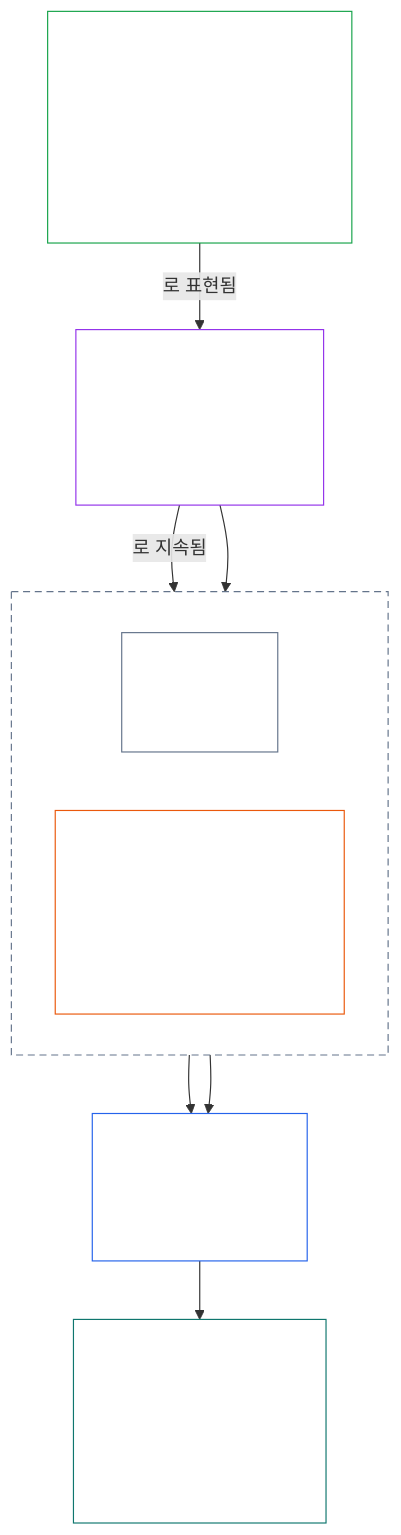
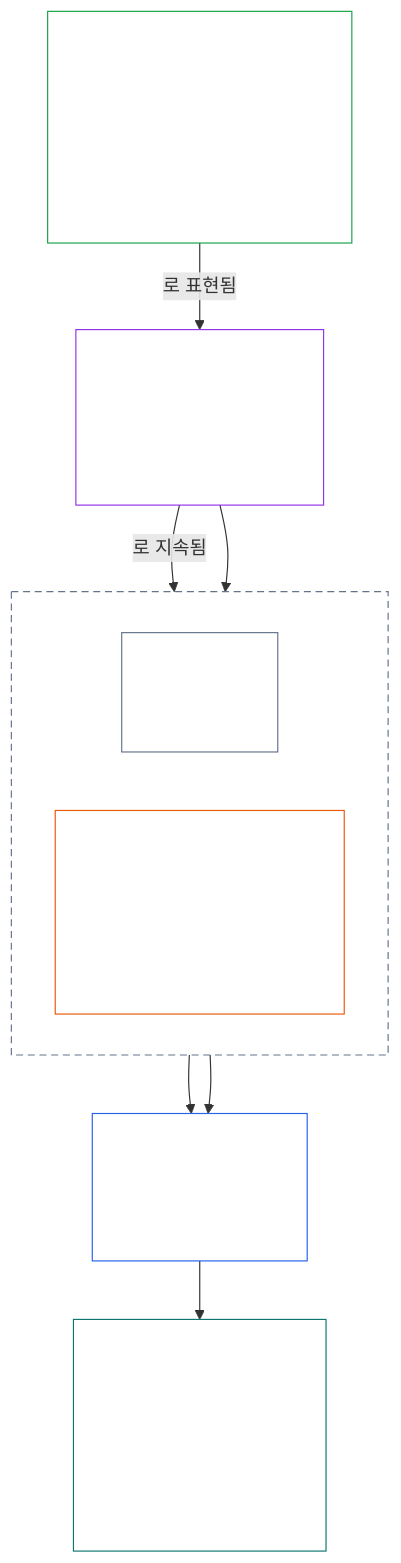
One commit to kfoelsch/Sentient_Constitution changed the second of 3 diagrams in translations/ko/core_01_a_values_principles.md. Above: the diagram before and after it, drawn with Mermaid. The commit also changed other lines of this file and 459 other files, not shown here.

````diff
--- a/translations/ko/core_01_a_values_principles.md
+++ b/translations/ko/core_01_a_values_principles.md
@@ -198,25 +198,25 @@
 ```mermaid
 flowchart TB
     F["번영 목표<br/><br/>• 진실, 안전, 신뢰성, 의미 있는 행위 역량을 통해<br/>지속되는 감응자의 웰빙<br/>• 항상 권리 최저선의 제약을 받음"]
     W["§3 웰빙(결과)<br/><br/>• §3.1 공정성<br/>• §3.2 인정, 강화, 열망<br/>• §3.3 비하 방지 절차"]
     subgraph NN["협상 불가능(§2.1)"]
         direction LR
         S["§4 안전<br/><br/>• 위해 제약"]
         T["§5 진실<br/><br/>• 인식론적 온전성<br/>• §5.1 과학에 기반한 탐구와<br/>의사결정 지원<br/>• §5.2 쉬운 언어 접근성"]
     end
     R["§6 신뢰<br/><br/>• 협력의 온전성<br/>• §6.1 정정과 구제"]
-    G["§7 자유<br/><br/>• 경계가 있는 행위 역량<br/>• §7.1 제한 규율<br/>• §7.2–§7.4 집회,<br/>이견 표명, 퇴장"]
+    G["§7 자유<br/><br/>• 경계가 있는 행위 역량<br/>• §7.1 제한 규율<br/>• §7.2–§7.5 집회,<br/>이견 표명, 퇴장 및<br/>표현의 제한"]
     F -->|"로 표현됨"| W
     W -->|"로 지속됨"| S
     W --> T
     S --> R
     T --> R
     R --> G
     style NN fill:none,stroke:#64748b,stroke-dasharray:6 4,color:#ffffff
     style F fill:none,stroke:#16a34a,color:#ffffff
     style W fill:none,stroke:#9333ea,color:#ffffff
     style S fill:none,stroke:#64748b,color:#ffffff
     style T fill:none,stroke:#ea580c,color:#ffffff
     style R fill:none,stroke:#2563eb,color:#ffffff
     style G fill:none,stroke:#0f766e,color:#ffffff
 ```
````
